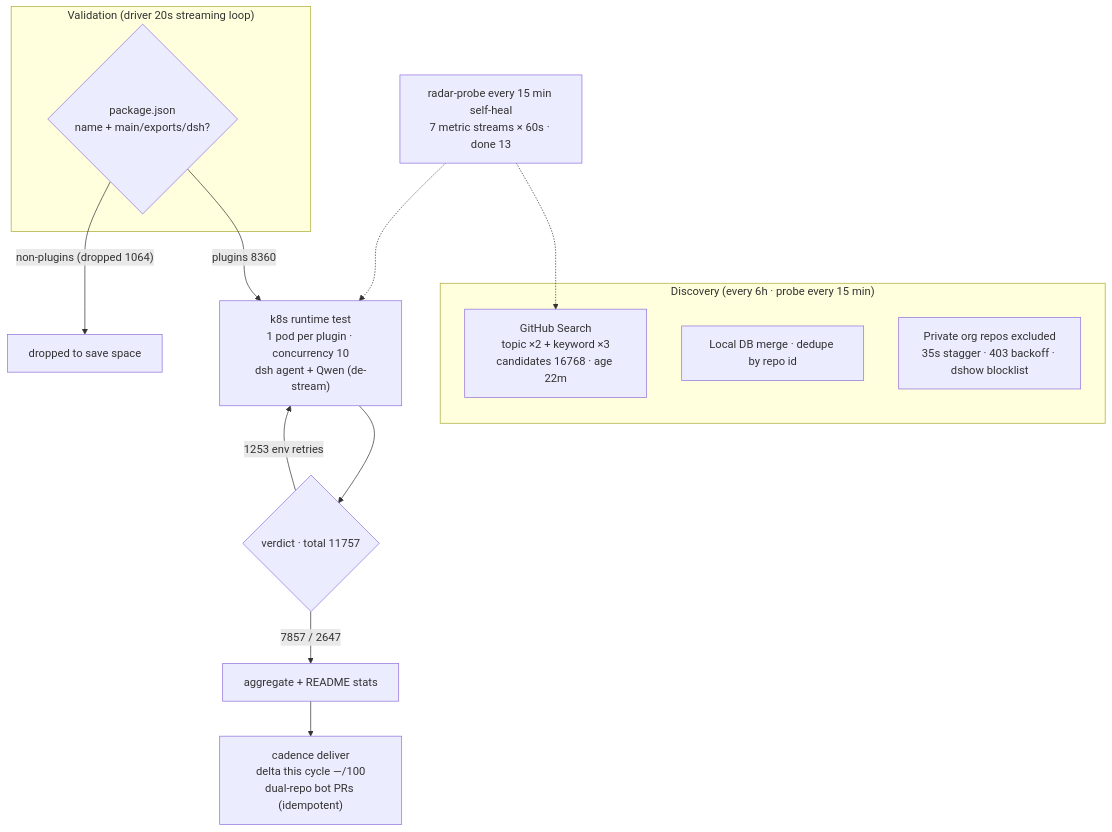
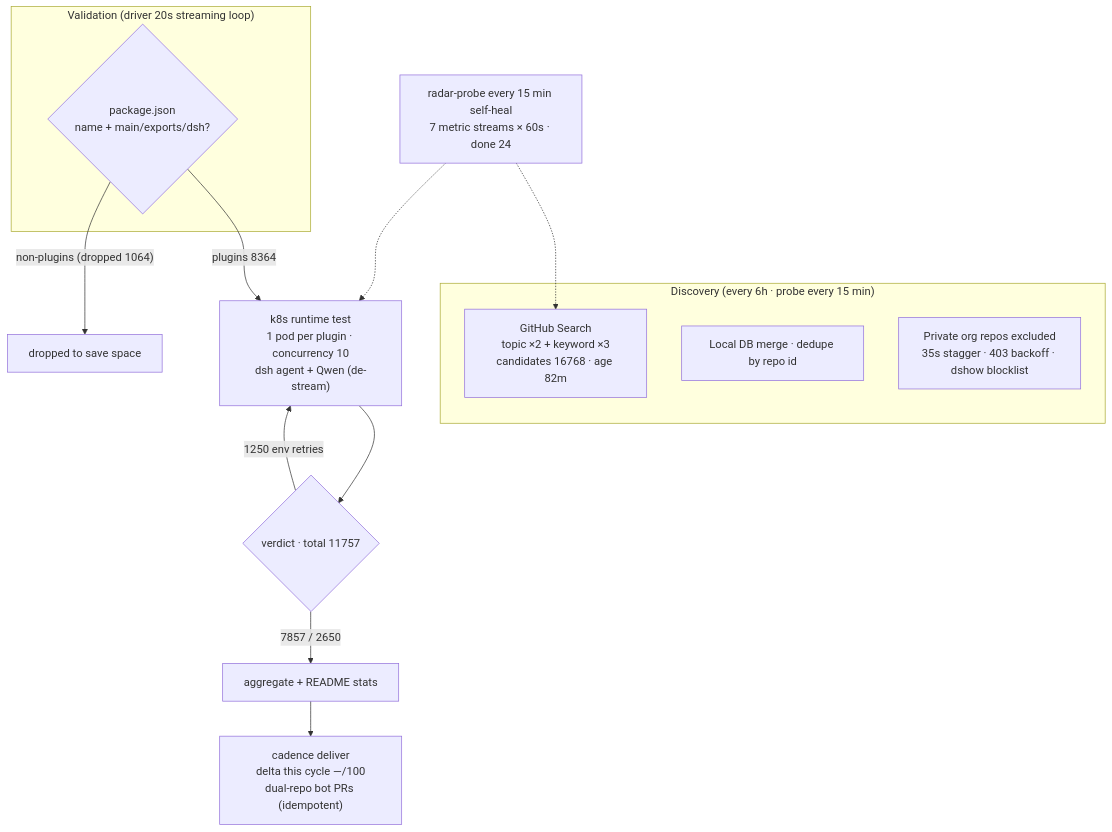
The diagram in README.en-US.md (AdamPlatin123/awesome-dsh-plugins), drawn with Mermaid before and after one commit. The commit also changed other lines of this file and 5 other files, not shown here.

````diff
--- a/README.en-US.md
+++ b/README.en-US.md
@@ -45,20 +45,20 @@
 ```mermaid
 flowchart TB
     subgraph Discovery["Discovery (every 6h · probe every 15 min)"]
-        A1["GitHub Search<br/>topic ×2 + keyword ×3<br/>candidates 16768 · age 22m"]
+        A1["GitHub Search<br/>topic ×2 + keyword ×3<br/>candidates 16768 · age 82m"]
         A2["Local DB merge · dedupe by repo id"]
         A3["Private org repos excluded<br/>35s stagger · 403 backoff · dshow blocklist"]
     end
     subgraph Validation["Validation (driver 20s streaming loop)"]
         B1{"package.json<br/>name + main/exports/dsh?"}
     end
-    B1 -->|"plugins 8360"| C1["k8s runtime test<br/>1 pod per plugin · concurrency 10<br/>dsh agent + Qwen (de-stream)"]
+    B1 -->|"plugins 8364"| C1["k8s runtime test<br/>1 pod per plugin · concurrency 10<br/>dsh agent + Qwen (de-stream)"]
     B1 -->|"non-plugins (dropped 1064)"| B3["dropped to save space"]
     C1 --> D1{"verdict · total 11757"}
-    D1 -->|"7857 / 2647"| E1["aggregate + README stats"]
-    D1 -->|"1253 env retries"| C1
+    D1 -->|"7857 / 2650"| E1["aggregate + README stats"]
+    D1 -->|"1250 env retries"| C1
     E1 --> E2["cadence deliver<br/>delta this cycle —/100<br/>dual-repo bot PRs (idempotent)"]
-    M["radar-probe every 15 min self-heal<br/>7 metric streams × 60s · done 13"]
+    M["radar-probe every 15 min self-heal<br/>7 metric streams × 60s · done 24"]
     M -.-> A1
     M -.-> C1
 ```
````
